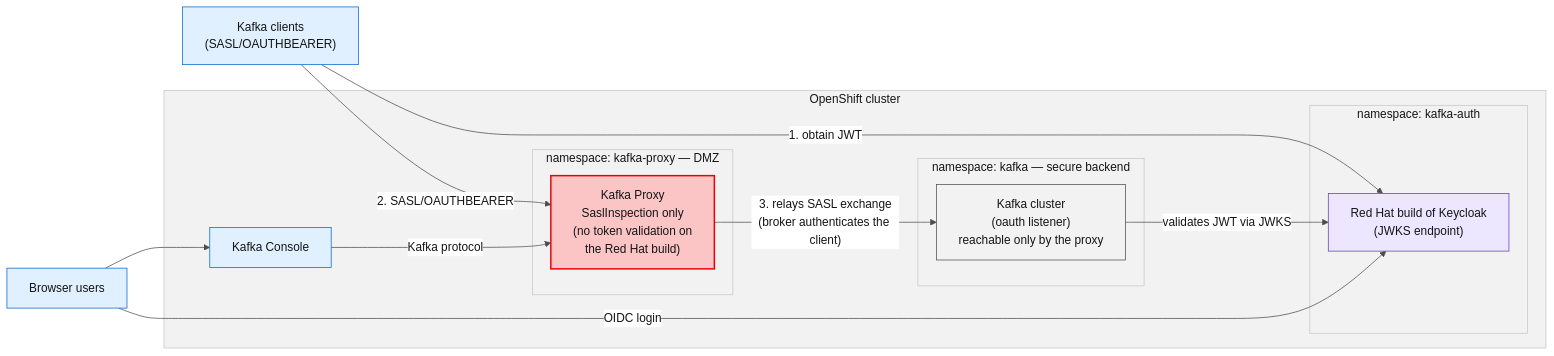
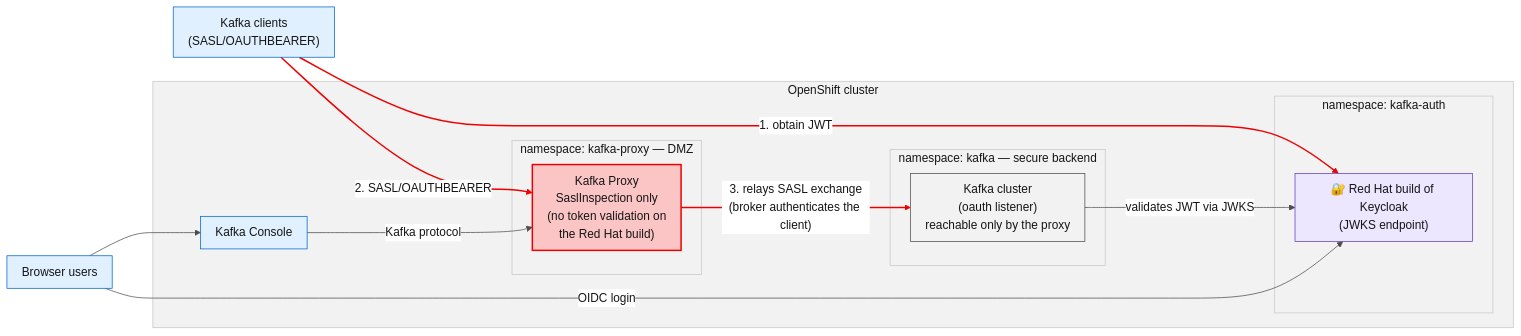
One commit to jcordes73/kafka-proxy-use-cases changed the sixth of 10 diagrams in README.md. Above: the diagram before and after it, drawn with Mermaid. The commit also changed other lines of this file and 11 other files, not shown here.

````diff
--- a/README.md
+++ b/README.md
@@ -307,32 +328,35 @@
 ```mermaid
-%%{init: {"theme":"base","themeVariables":{"fontFamily":"Red Hat Text, Red Hat Display, sans-serif","primaryColor":"#FFFFFF","primaryTextColor":"#151515","primaryBorderColor":"#C7C7C7","lineColor":"#4D4D4D","secondaryColor":"#F2F2F2","tertiaryColor":"#F2F2F2","clusterBkg":"#F2F2F2","clusterBorder":"#C7C7C7","edgeLabelBackground":"#FFFFFF","titleColor":"#151515"}}}%%
+%%{init: {"theme":"base","themeVariables":{"fontFamily":"Red Hat Text, Red Hat Display, sans-serif","primaryColor":"#FFFFFF","primaryTextColor":"#151515","primaryBorderColor":"#C7C7C7","lineColor":"#4D4D4D","secondaryColor":"#F2F2F2","tertiaryColor":"#F2F2F2","clusterBkg":"#F2F2F2","clusterBorder":"#C7C7C7","edgeLabelBackground":"#FFFFFF","titleColor":"#151515"},"flowchart":{"curve":"basis","nodeSpacing":45,"rankSpacing":55,"padding":10}}}%%
 flowchart LR
     C["Kafka clients<br/>(SASL/OAUTHBEARER)"]
     B["Browser users"]
     subgraph openshift["OpenShift cluster"]
         subgraph authNs["namespace: kafka-auth"]
-            KC["Red Hat build of Keycloak<br/>(JWKS endpoint)"]
+            KC["🔐 Red Hat build of Keycloak<br/>(JWKS endpoint)"]
         end
         subgraph proxyNs["namespace: kafka-proxy — DMZ"]
             P["Kafka Proxy<br/>SaslInspection only<br/>(no token validation on<br/>the Red Hat build)"]
         end
         subgraph kafkaNs["namespace: kafka — secure backend"]
             K["Kafka cluster<br/>(oauth listener)<br/>reachable only by the proxy"]
         end
         CON["Kafka Console"]
     end
     C -- "1. obtain JWT" --> KC
     C -- "2. SASL/OAUTHBEARER" --> P
     P -- "3. relays SASL exchange<br/>(broker authenticates the client)" --> K
     K -- "validates JWT via JWKS" --> KC
     B -- "OIDC login" --> KC
     B --> CON
     CON -- "Kafka protocol" --> P
 
-    style P fill:#FBC5C5,stroke:#EE0000,stroke-width:2px
-    style K fill:#F2F2F2,stroke:#4D4D4D
-    style KC fill:#ECE6FF,stroke:#5E40BE
-    style C fill:#E0F0FF,stroke:#0066CC
-    style B fill:#E0F0FF,stroke:#0066CC
-    style CON fill:#E0F0FF,stroke:#0066CC
+classDef red fill:#FBC5C5,stroke:#EE0000,stroke-width:2px
+classDef blue fill:#E0F0FF,stroke:#0066CC
+classDef gray fill:#F2F2F2,stroke:#4D4D4D
+classDef purple fill:#ECE6FF,stroke:#5E40BE
+class P red
+class C,B,CON blue
+class K gray
+class KC purple
+linkStyle 0,1,2 stroke:#EE0000,stroke-width:2px
 ```
````
